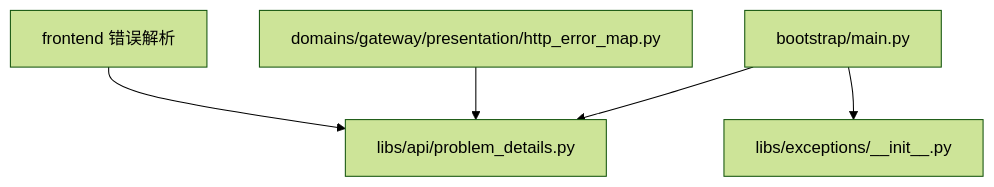
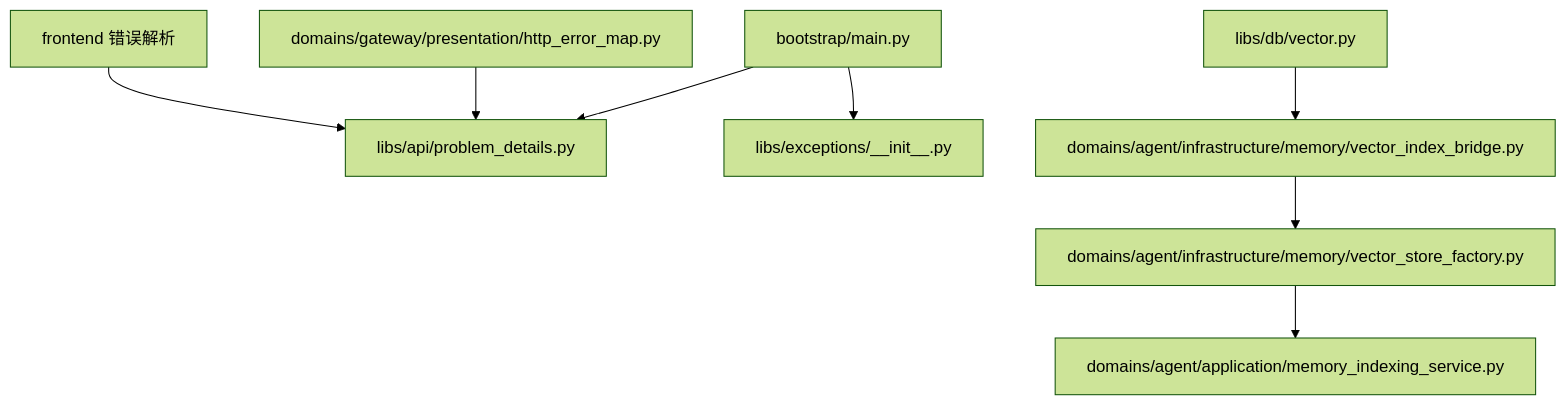
Before and after one commit to tianyehedashu/ai-agent: the eighth of 8 diagrams in .qoder/repowiki/zh/content/后端服务架构/基础设施层/异常处理机制.md, drawn with Mermaid (forest theme). The commit also changed other lines of this file and 46 other files, not shown here.

````diff
--- a/.qoder/repowiki/zh/content/后端服务架构/基础设施层/异常处理机制.md
+++ b/.qoder/repowiki/zh/content/后端服务架构/基础设施层/异常处理机制.md
@@ -296,7 +431,10 @@
 ```mermaid
 graph TB
 BE["bootstrap/main.py"] --> PD["libs/api/problem_details.py"]
 BE --> EX["libs/exceptions/__init__.py"]
 GW["domains/gateway/presentation/http_error_map.py"] --> PD
+VD["libs/db/vector.py"] --> VIB["domains/agent/infrastructure/memory/vector_index_bridge.py"]
+VIB --> VSF["domains/agent/infrastructure/memory/vector_store_factory.py"]
+VSF --> MIS["domains/agent/application/memory_indexing_service.py"]
 FE["frontend 错误解析"] --> PD
 ```
````
